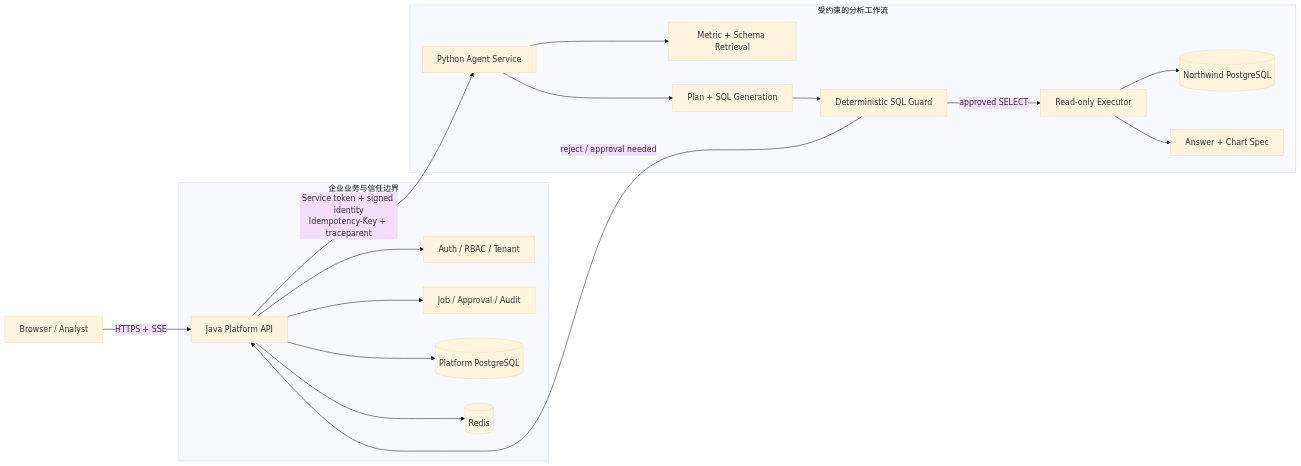
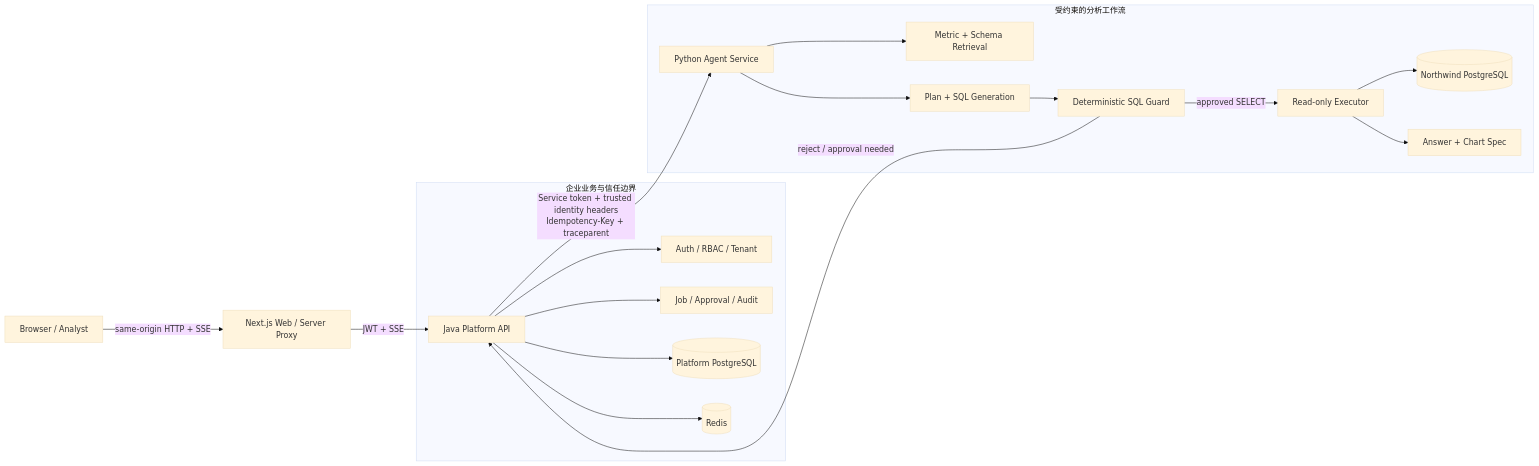
The first of 2 diagrams in docs/architecture.md (Colin781/enterprise-data-copilot), drawn with Mermaid (base theme) before and after one commit. The commit also changed other lines of this file and 100 other files, not shown here.

Commit message:
feat: complete enterprise RAG, GraphRAG, MCP and learning roadmap upgrades

````diff
--- a/docs/architecture.md
+++ b/docs/architecture.md
@@ -7,24 +9,25 @@
 ```mermaid
 flowchart LR
-    U[Browser / Analyst] -->|HTTPS + SSE| J[Java Platform API]
+    U[Browser / Analyst] -->|same-origin HTTP + SSE| W[Next.js Web / Server Proxy]
+    W -->|JWT + SSE| J[Java Platform API]
 
     subgraph Trust[企业业务与信任边界]
       J --> AUTH[Auth / RBAC / Tenant]
       J --> JOB[Job / Approval / Audit]
       J --> PDB[(Platform PostgreSQL)]
       J --> R[(Redis)]
     end
 
-    J -->|Service token + signed identity\nIdempotency-Key + traceparent| P[Python Agent Service]
+    J -->|Service token + trusted identity headers\nIdempotency-Key + traceparent| P[Python Agent Service]
 
     subgraph AI[受约束的分析工作流]
       P --> RET[Metric + Schema Retrieval]
       P --> GEN[Plan + SQL Generation]
       GEN --> GUARD[Deterministic SQL Guard]
       GUARD -->|approved SELECT| EXEC[Read-only Executor]
       EXEC --> BDB[(Northwind PostgreSQL)]
       EXEC --> COMPOSE[Answer + Chart Spec]
     end
 
     GUARD -->|reject / approval needed| J
 ```
````
